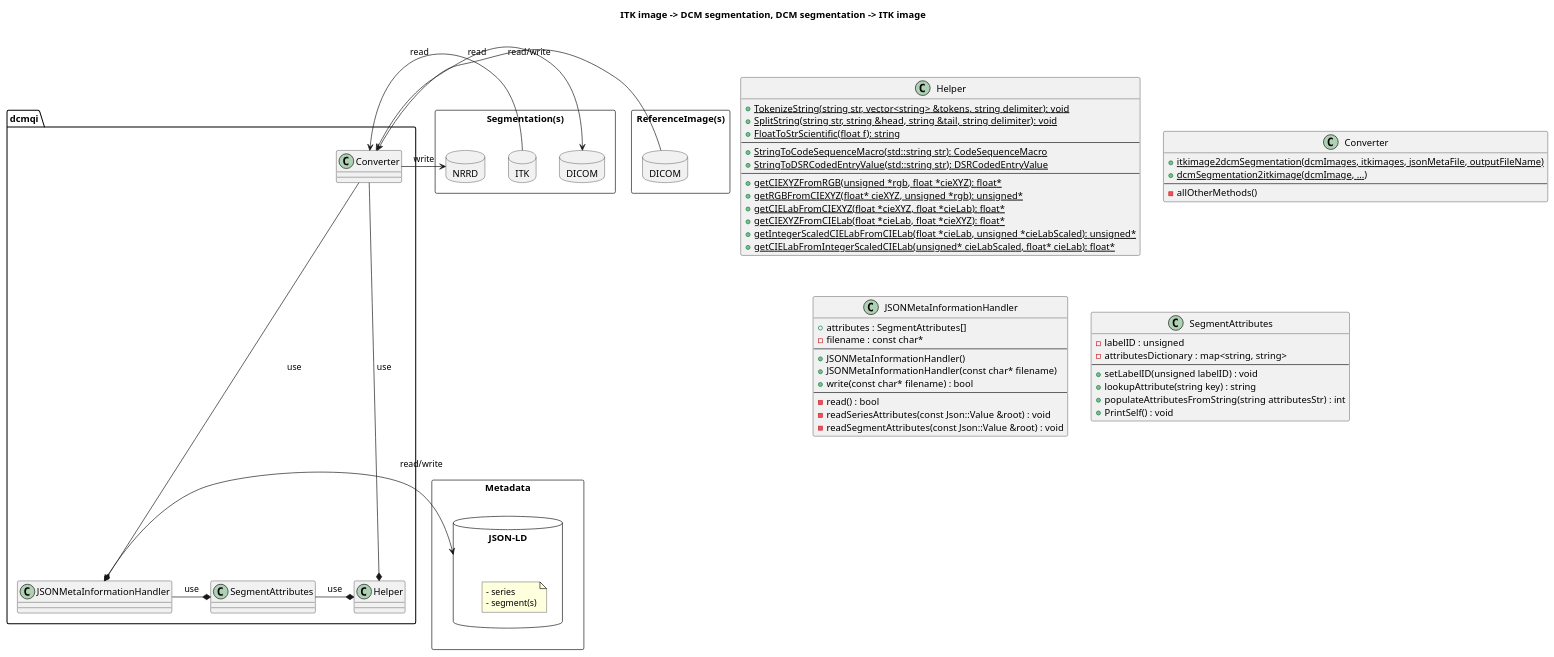
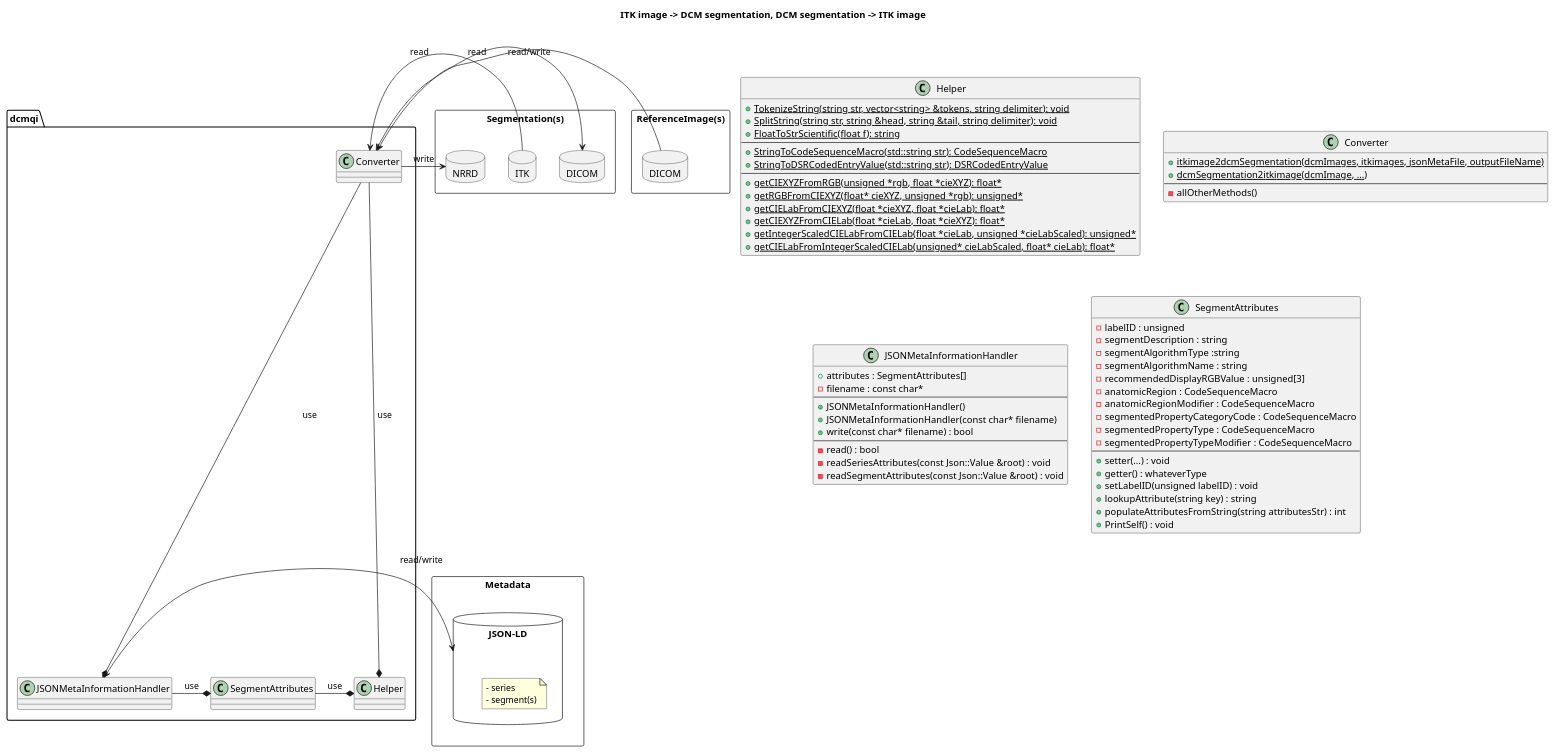
One commit to QIICR/dcmqi changed the diagram in Design/DICOMSegmentationConverter.puml. Above: the diagram before and after it, drawn with PlantUML. The commit also changed 5 other files, not shown here.

Commit message:
ENH: updated JSON example data - updated Design document - updated classes with attributes -- replaced CodeSequencesMacro with pointers to check if they are null when writing to DICOM

```diff
--- a/Design/DICOMSegmentationConverter.puml
+++ b/Design/DICOMSegmentationConverter.puml
@@ -1,91 +1,101 @@
 @startuml
 
 title ITK image -> DCM segmentation, DCM segmentation -> ITK image
 
 package Metadata <<Rectangle>> {
     package JSON-LD as JSON <<Database>> {
         note as metaNote
           - series
           - segment(s)
         end note
     }
 }
 
 package Segmentation(s) <<Rectangle>>{
     package NRRD <<Database>> {
     }
     package ITK <<Database>> {
     }
     package DICOM <<Database>>{
     }
 }
 
 package ReferenceImage(s) as ReferenceImage <<Rectangle>> {
     package DICOM as DICOM1 <<Database>>{
     }
 }
 
 package dcmqi {
 
     Converter ---* JSONMetaInformationHandler: use
     Converter ---* Helper : use
 
     JSONMetaInformationHandler -* SegmentAttributes : use
 
     JSONMetaInformationHandler <-> JSON : read/write
     Converter <-> DICOM: read/write
     Converter <- DICOM1: read
 
     Converter <- ITK: read
     Converter -> NRRD: write
 
     SegmentAttributes -*  Helper : use
 }
 
 class Helper {
     + {static} TokenizeString(string str, vector<string> &tokens, string delimiter): void
     + {static} SplitString(string str, string &head, string &tail, string delimiter): void
     + {static} FloatToStrScientific(float f): string
 ---
     + {static} StringToCodeSequenceMacro(std::string str): CodeSequenceMacro
     + {static} StringToDSRCodedEntryValue(std::string str): DSRCodedEntryValue
 ---
     + {static} getCIEXYZFromRGB(unsigned *rgb, float *cieXYZ): float*
     + {static} getRGBFromCIEXYZ(float* cieXYZ, unsigned *rgb): unsigned*
     + {static} getCIELabFromCIEXYZ(float *cieXYZ, float *cieLab): float*
     + {static} getCIEXYZFromCIELab(float *cieLab, float *cieXYZ): float*
     + {static} getIntegerScaledCIELabFromCIELab(float *cieLab, unsigned *cieLabScaled): unsigned*
     + {static} getCIELabFromIntegerScaledCIELab(unsigned* cieLabScaled, float* cieLab): float*
 }
 
 class Converter {
     + {static} itkimage2dcmSegmentation(dcmImages, itkimages, jsonMetaFile, outputFileName)
     + {static} dcmSegmentation2itkimage(dcmImage, ...)
 ---
     - allOtherMethods()
 }
 
 class JSONMetaInformationHandler {
     + attributes : SegmentAttributes[]
     - filename : const char*
 ---
     + JSONMetaInformationHandler()
     + JSONMetaInformationHandler(const char* filename)
     + write(const char* filename) : bool
 ---
     - read() : bool
     - readSeriesAttributes(const Json::Value &root) : void
     - readSegmentAttributes(const Json::Value &root) : void
 }
 
 class SegmentAttributes {
     - labelID : unsigned
-    - attributesDictionary : map<string, string>
+    - segmentDescription : string
+    - segmentAlgorithmType :string
+    - segmentAlgorithmName : string
+    - recommendedDisplayRGBValue : unsigned[3]
+    - anatomicRegion : CodeSequenceMacro
+    - anatomicRegionModifier : CodeSequenceMacro
+    - segmentedPropertyCategoryCode : CodeSequenceMacro
+    - segmentedPropertyType : CodeSequenceMacro
+    - segmentedPropertyTypeModifier : CodeSequenceMacro
 ---
+    + setter(...) : void
+    + getter() : whateverType
     + setLabelID(unsigned labelID) : void
     + lookupAttribute(string key) : string
     + populateAttributesFromString(string attributesStr) : int
     + PrintSelf() : void
 }
 
 @enduml
```
